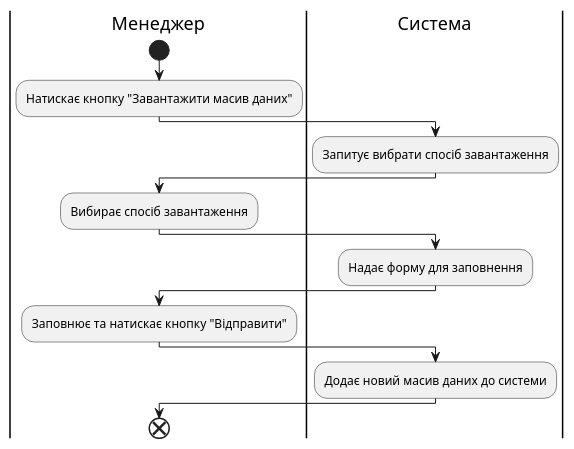
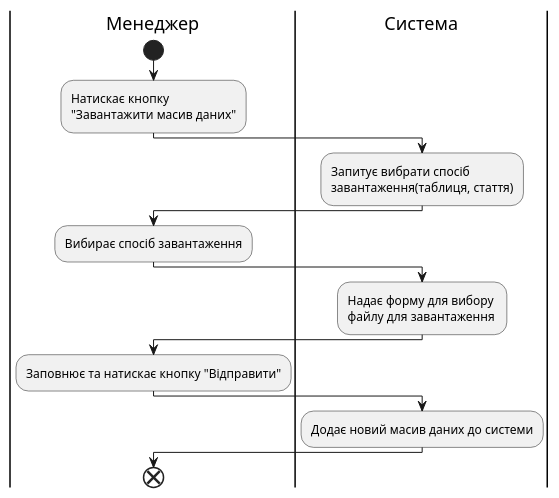
Before and after one commit to anrikolo/obd: the diagram in src/uml/UC51.puml, drawn with PlantUML.

```diff
--- a/src/uml/UC51.puml
+++ b/src/uml/UC51.puml
@@ -1,17 +1,17 @@
 @startuml
     |Менеджер|
     start
-    :Натискає кнопку "Завантажити масив даних";
+    :Натискає кнопку \n"Завантажити масив даних";
     |Система|
-    :Запитує вибрати спосіб завантаження;
+    :Запитує вибрати спосіб \nзавантаження(таблиця, стаття);
     |Менеджер|
     :Вибирає спосіб завантаження;
     |Система|
-    :Надає форму для заповнення;
+    :Надає форму для вибору \nфайлу для завантаження;
     |Менеджер|
     :Заповнює та натискає кнопку "Відправити";
     |Система|
     :Додає новий масив даних до системи;
         |Менеджер|
     end;
 @enduml
```
